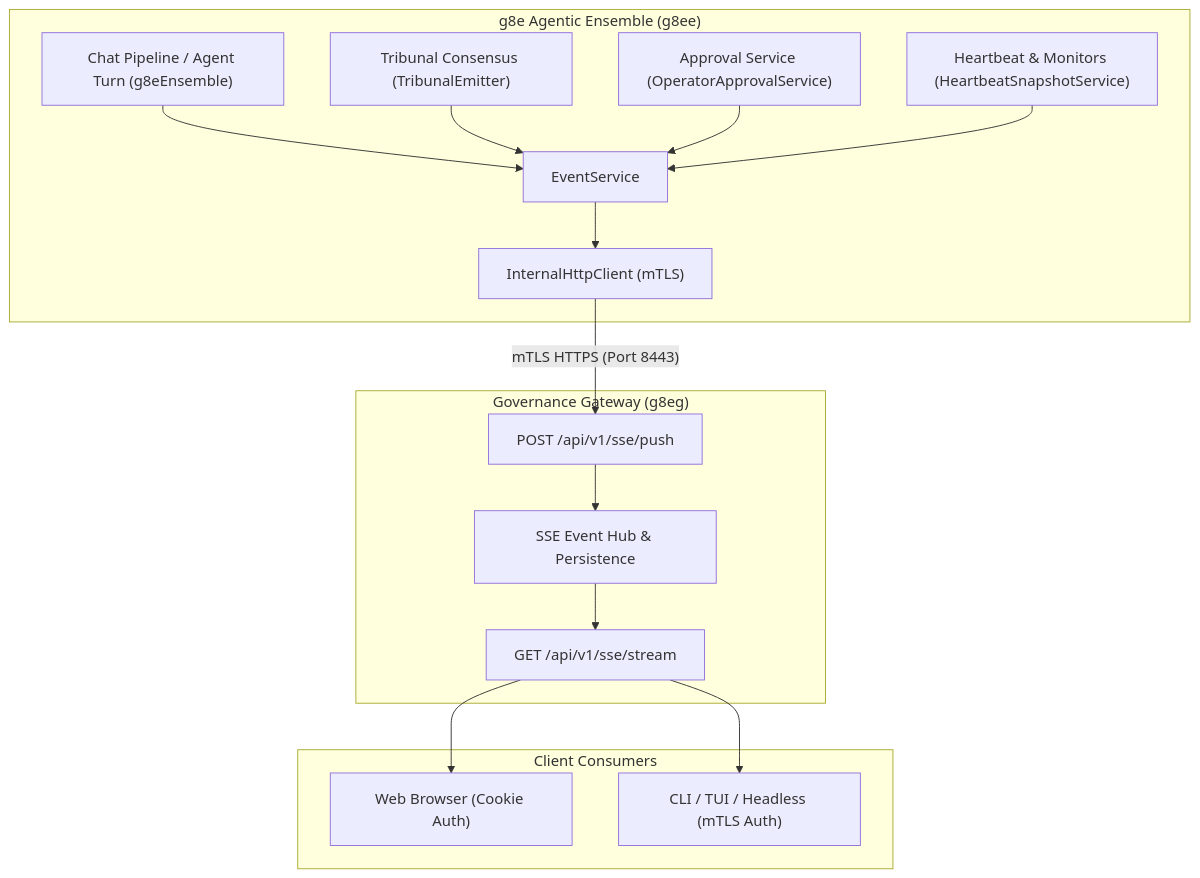
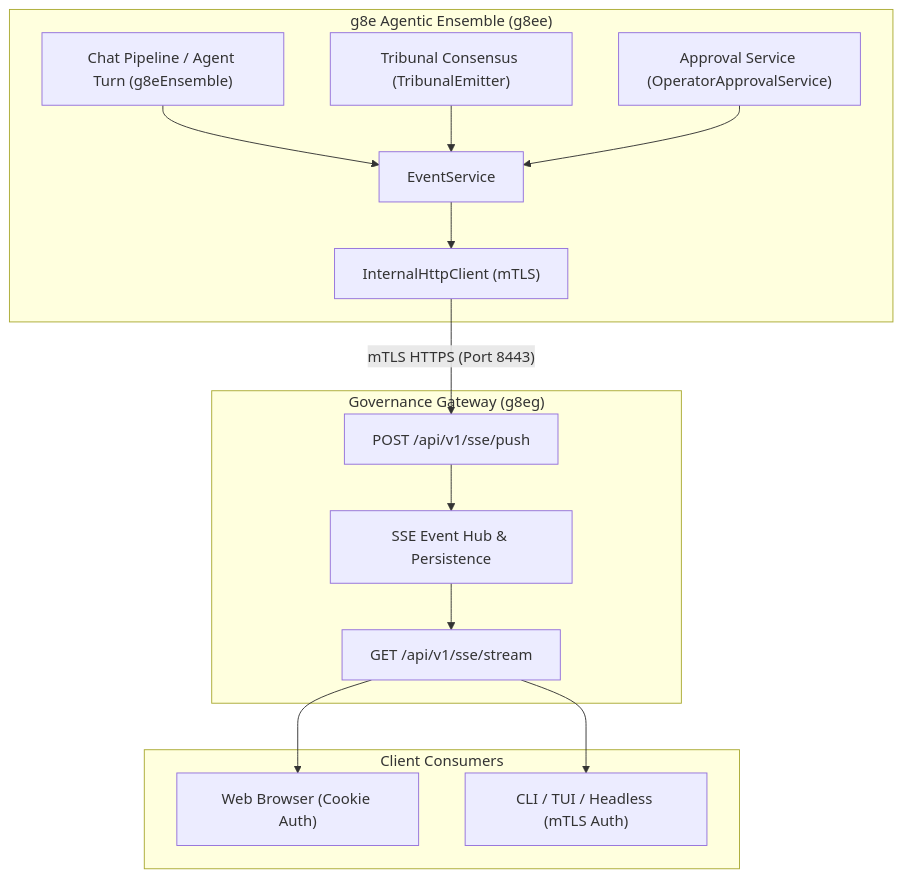
The first of 2 diagrams in docs/ensemble/sse.md (g8e-ai/g8e), drawn with Mermaid before and after one commit. The commit also changed other lines of this file and 1307 other files, not shown here.

````diff
--- a/docs/ensemble/sse.md
+++ b/docs/ensemble/sse.md
@@ -9,33 +9,31 @@
 ```mermaid
 flowchart TD
     subgraph Ensemble ["g8e Agentic Ensemble (g8ee)"]
         Chat["Chat Pipeline / Agent Turn (g8eEnsemble)"]
         Tribunal["Tribunal Consensus (TribunalEmitter)"]
         Approval["Approval Service (OperatorApprovalService)"]
-        Heartbeat["Heartbeat & Monitors (HeartbeatSnapshotService)"]
         EventSvc["EventService"]
         HttpCli["InternalHttpClient (mTLS)"]
     end
 
     subgraph Gateway ["Governance Gateway (g8eg)"]
         PushEndpoint["POST /api/v1/sse/push"]
         Broker["SSE Event Hub & Persistence"]
         StreamEndpoint["GET /api/v1/sse/stream"]
     end
 
     subgraph Consumers ["Client Consumers"]
         Browser["Web Browser (Cookie Auth)"]
         CLI["CLI / TUI / Headless (mTLS Auth)"]
     end
 
     Chat --> EventSvc
     Tribunal --> EventSvc
     Approval --> EventSvc
-    Heartbeat --> EventSvc
     EventSvc --> HttpCli
     HttpCli -- "mTLS HTTPS (Port 8443)" --> PushEndpoint
     PushEndpoint --> Broker
     Broker --> StreamEndpoint
     StreamEndpoint --> Browser
     StreamEndpoint --> CLI
 ```
````
